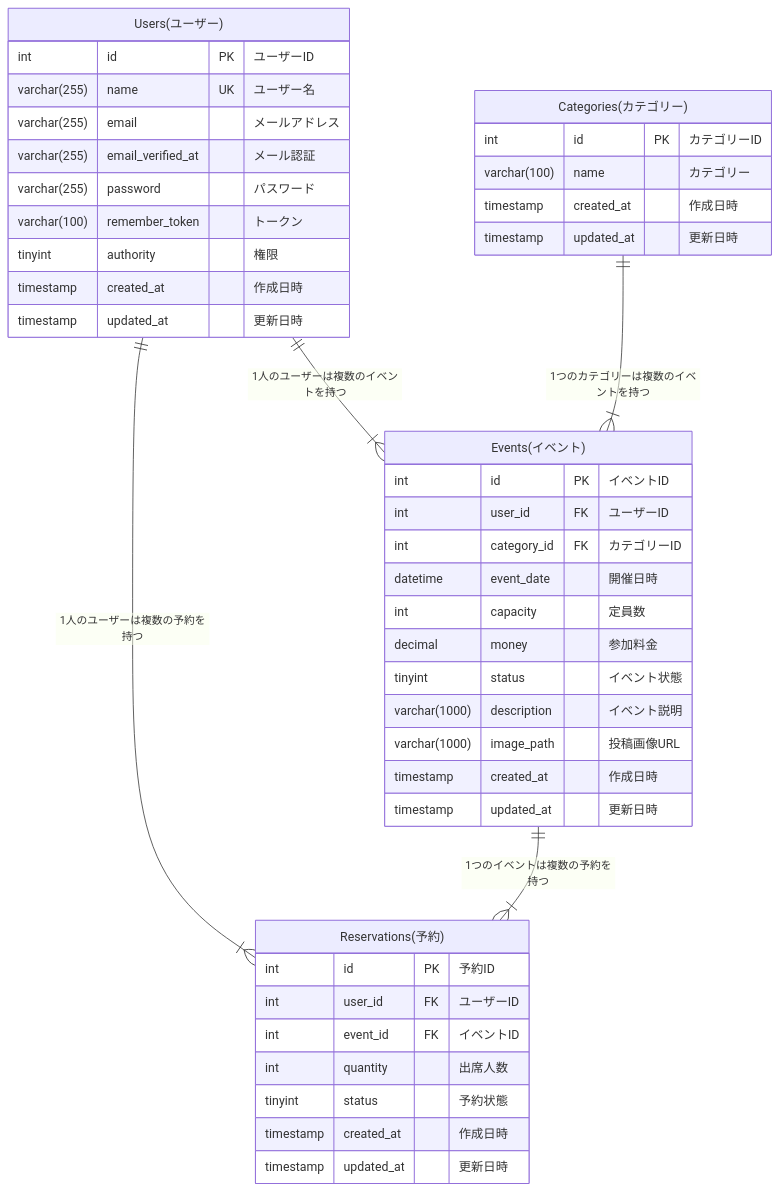
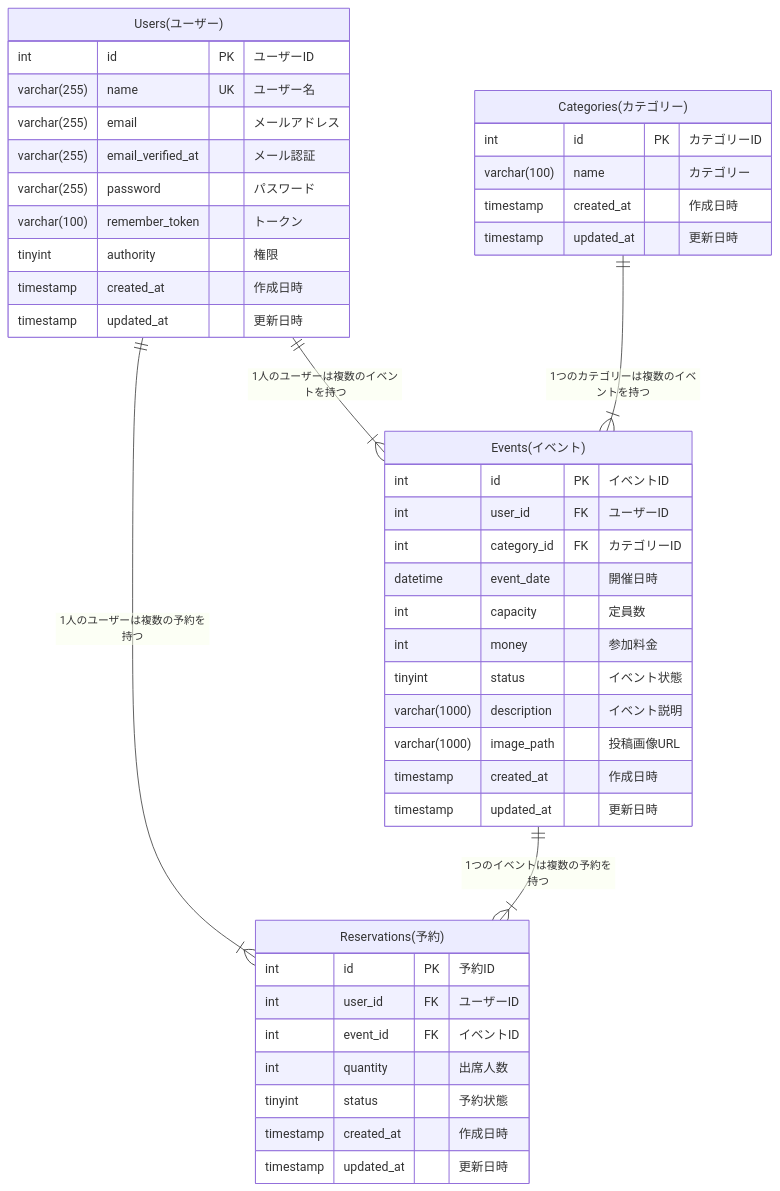
Before and after one commit to kai-phoenix/meetup_link: the diagram in table.md, drawn with Mermaid.

Commit message:
[table]テーブル定義の修正
moneyをintに

````diff
--- a/table.md
+++ b/table.md
@@ -1,50 +1,50 @@
 ```mermaid
 erDiagram
     "Users(ユーザー)" ||--|{ "Reservations(予約)": "1人のユーザーは複数の予約を持つ"
     "Categories(カテゴリー)" ||--|{ "Events(イベント)": "1つのカテゴリーは複数のイベントを持つ"
     "Events(イベント)" ||--|{ "Reservations(予約)": "1つのイベントは複数の予約を持つ"
     "Users(ユーザー)" ||--|{ "Events(イベント)": "1人のユーザーは複数のイベントを持つ"
 
     "Users(ユーザー)" {
         int id PK "ユーザーID"
         varchar(255) name UK "ユーザー名"
         varchar(255) email "メールアドレス"
         varchar(255) email_verified_at "メール認証"
         varchar(255) password "パスワード"
         varchar(100) remember_token "トークン"
         tinyint authority　"権限"
         timestamp created_at "作成日時"
         timestamp updated_at "更新日時"
     }
 
     "Categories(カテゴリー)" {
         int id PK "カテゴリーID"
         varchar(100) name "カテゴリー"
         timestamp created_at "作成日時"
         timestamp updated_at "更新日時"
     }
 
     "Events(イベント)" {
         int id PK "イベントID"
         int user_id FK "ユーザーID"
         int category_id FK "カテゴリーID"
         datetime event_date "開催日時"
         int capacity "定員数"
-        decimal money "参加料金"
+        int money "参加料金"
         tinyint status "イベント状態"
         varchar(1000) description "イベント説明"
         varchar(1000) image_path "投稿画像URL"
         timestamp created_at "作成日時"
         timestamp updated_at "更新日時"
     }
 
     "Reservations(予約)" {
         int id PK "予約ID"
         int user_id FK "ユーザーID"
         int event_id FK "イベントID"
         int quantity "出席人数"
         tinyint status "予約状態"
         timestamp created_at "作成日時"
         timestamp updated_at "更新日時"
     }
 ```
````
